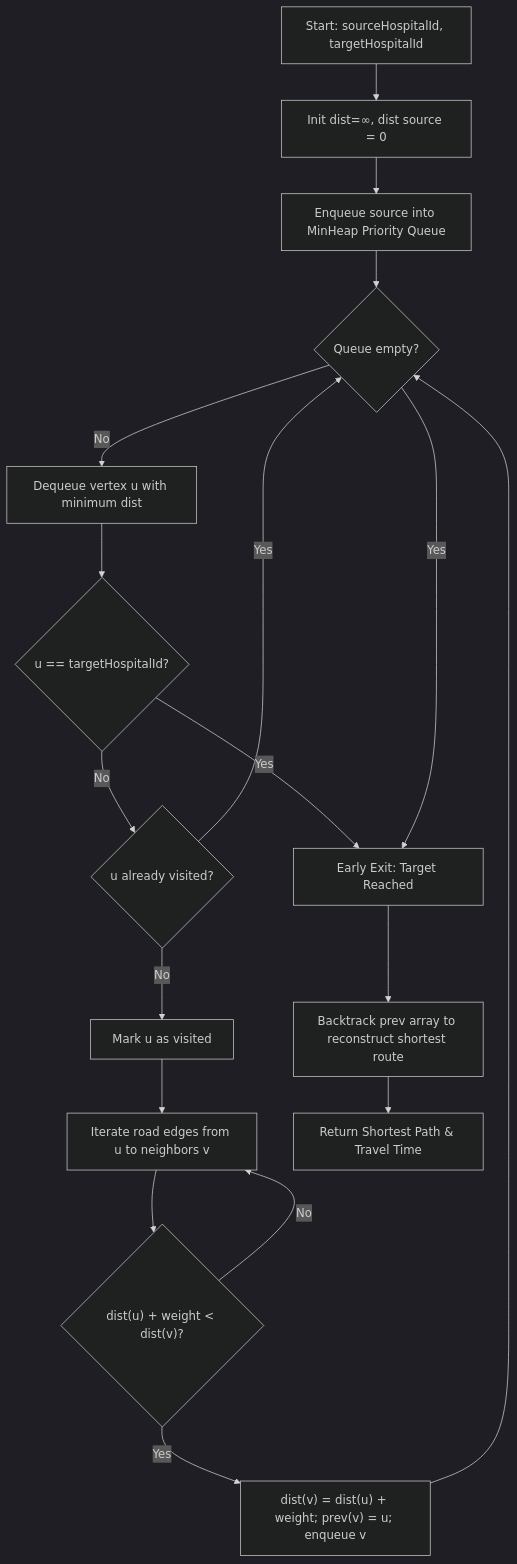
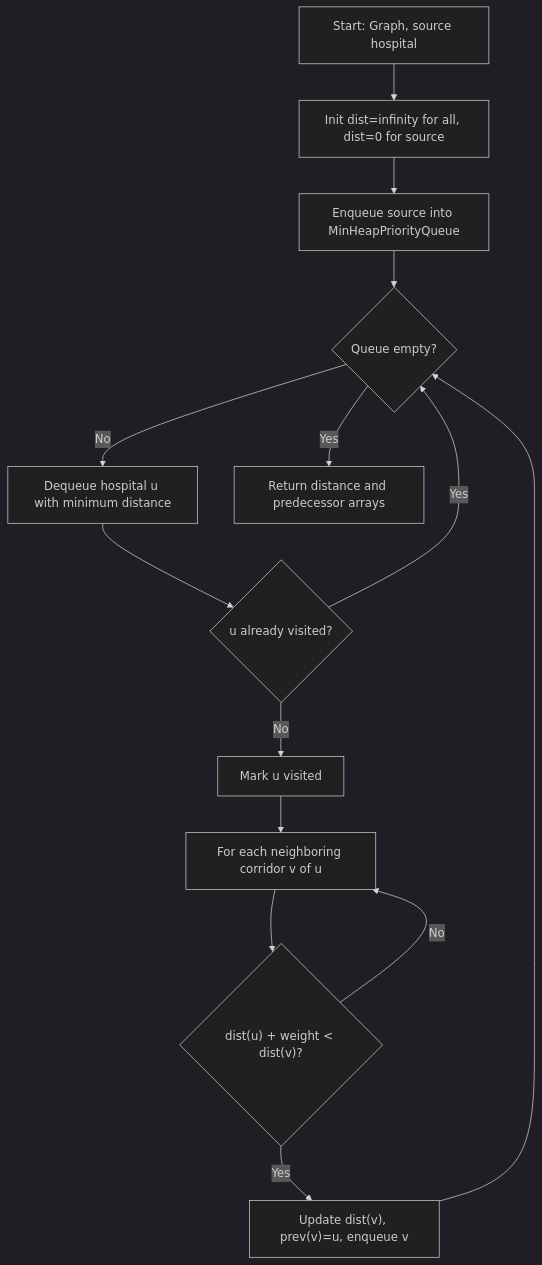
The second of 6 diagrams in docs-site/src/content/docs/service-operations/flowcharts-pseudocode.md (Septagon-Systems/Hospital-Service-DSA), drawn with Mermaid (dark theme) before and after one commit. The commit also changed other lines of this file and 1 other file, not shown here.

Commit message:
docs(flowcharts): expand pseudocode to cover all 12 data structures and multi-queue dispatch

````diff
--- a/docs-site/src/content/docs/service-operations/flowcharts-pseudocode.md
+++ b/docs-site/src/content/docs/service-operations/flowcharts-pseudocode.md
@@ -177,20 +128,16 @@
 ```mermaid
 flowchart TD
-    A[Start: sourceHospitalId, targetHospitalId] --> B[Init dist=∞, dist source = 0]
-    B --> C[Enqueue source into MinHeap Priority Queue]
+    A[Start: Graph, source hospital] --> B[Init dist=infinity for all, dist=0 for source]
+    B --> C[Enqueue source into MinHeapPriorityQueue]
     C --> D{Queue empty?}
-    D -- No --> E[Dequeue vertex u with minimum dist]
-    E --> F{u == targetHospitalId?}
-    F -- Yes --> G[Early Exit: Target Reached]
-    F -- No --> H{u already visited?}
-    H -- Yes --> D
-    H -- No --> I[Mark u as visited]
-    I --> J[Iterate road edges from u to neighbors v]
-    J --> K{"dist(u) + weight < dist(v)?"}
-    K -- Yes --> L["dist(v) = dist(u) + weight; prev(v) = u; enqueue v"]
-    K -- No --> J
-    L --> D
-    D -- Yes --> G
-    G --> M[Backtrack prev array to reconstruct shortest route]
-    M --> N[Return Shortest Path & Travel Time]
+    D -- No --> E[Dequeue hospital u with minimum distance]
+    E --> F{u already visited?}
+    F -- Yes --> D
+    F -- No --> G[Mark u visited]
+    G --> H[For each neighboring corridor v of u]
+    H --> I{"dist(u) + weight < dist(v)?"}
+    I -- Yes --> J["Update dist(v), prev(v)=u, enqueue v"]
+    I -- No --> H
+    J --> D
+    D -- Yes --> K[Return distance and predecessor arrays]
 ```
````
